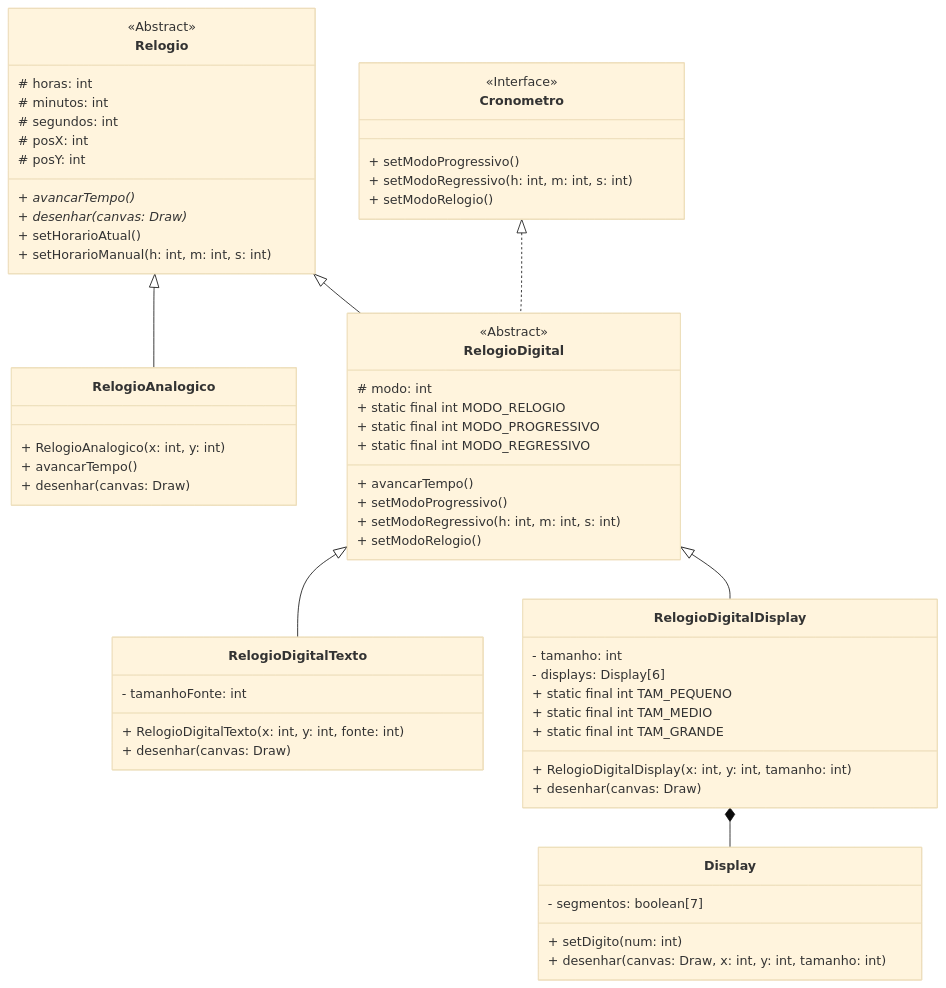
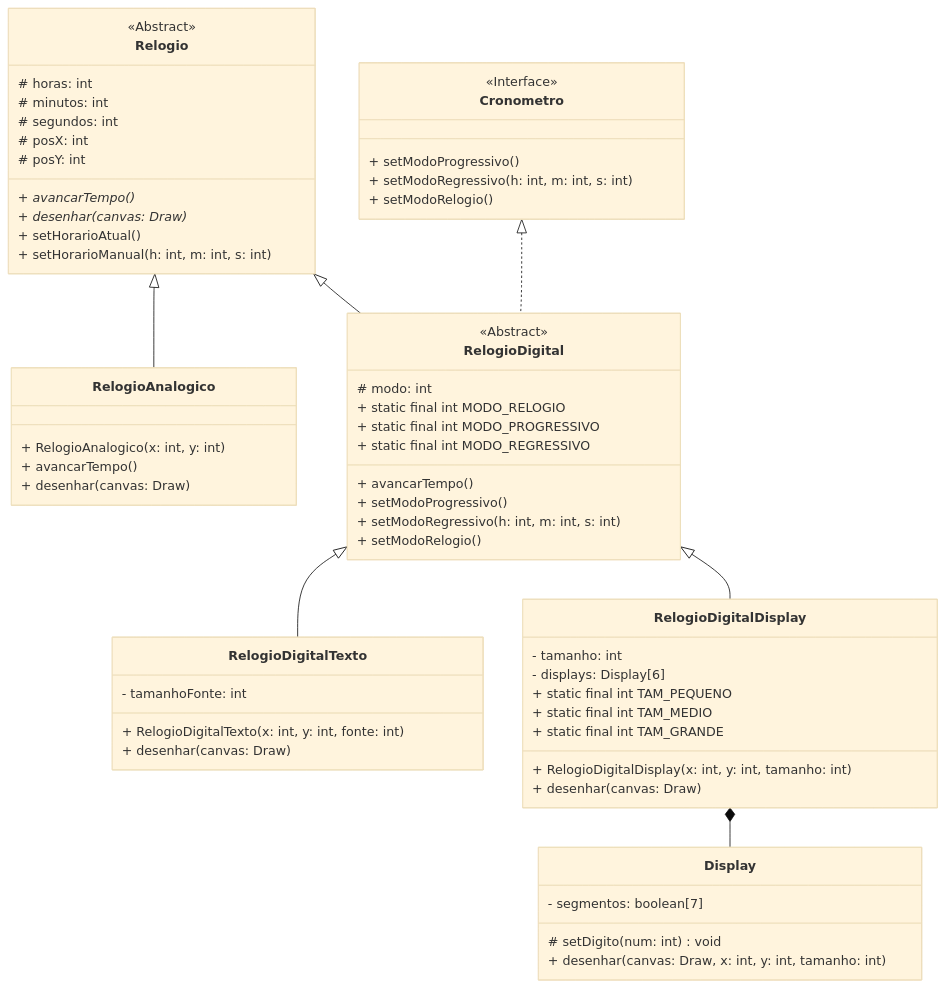
Before and after one commit to hiagosantos60/POO: the diagram in lab06/README.md, drawn with Mermaid (base theme). The commit also changed 5 other files, not shown here.

````diff
--- a/lab06/README.md
+++ b/lab06/README.md
@@ -8,71 +8,71 @@
 ``` mermaid
 classDiagram
 
     Relogio <|-- RelogioAnalogico
     Relogio <|-- RelogioDigital
     Cronometro <|.. RelogioDigital
     RelogioDigital <|-- RelogioDigitalTexto
     RelogioDigital <|-- RelogioDigitalDisplay
     RelogioDigitalDisplay *-- Display
 
     class Cronometro {
         <<Interface>>
         + setModoProgressivo()
         + setModoRegressivo(h: int, m: int, s: int)
         + setModoRelogio()
     }
 
     class Relogio {
         <<Abstract>>
         # horas: int
         # minutos: int
         # segundos: int
         # posX: int
         # posY: int
         + avancarTempo()*
         + desenhar(canvas: Draw)*
         + setHorarioAtual()
         + setHorarioManual(h: int, m: int, s: int)
     }
 
     class RelogioDigital {
         <<Abstract>>
         # modo: int
         + static final int MODO_RELOGIO
         + static final int MODO_PROGRESSIVO
         + static final int MODO_REGRESSIVO
         + avancarTempo()
         + setModoProgressivo()
         + setModoRegressivo(h: int, m: int, s: int)
         + setModoRelogio()
     }
 
     class RelogioAnalogico {
         + RelogioAnalogico(x: int, y: int)
         + avancarTempo()
         + desenhar(canvas: Draw)
     }
 
     class RelogioDigitalTexto {
         - tamanhoFonte: int
         + RelogioDigitalTexto(x: int, y: int, fonte: int)
         + desenhar(canvas: Draw)
     }
 
     class RelogioDigitalDisplay {
         - tamanho: int
         - displays: Display[6]
         + static final int TAM_PEQUENO
         + static final int TAM_MEDIO
         + static final int TAM_GRANDE
         + RelogioDigitalDisplay(x: int, y: int, tamanho: int)
         + desenhar(canvas: Draw)
     }
 
     class Display {
         - segmentos: boolean[7]
-        + setDigito(num: int)
+        # setDigito(num: int) void
         + desenhar(canvas: Draw, x: int, y: int, tamanho: int)
     }
 
 ```
````
